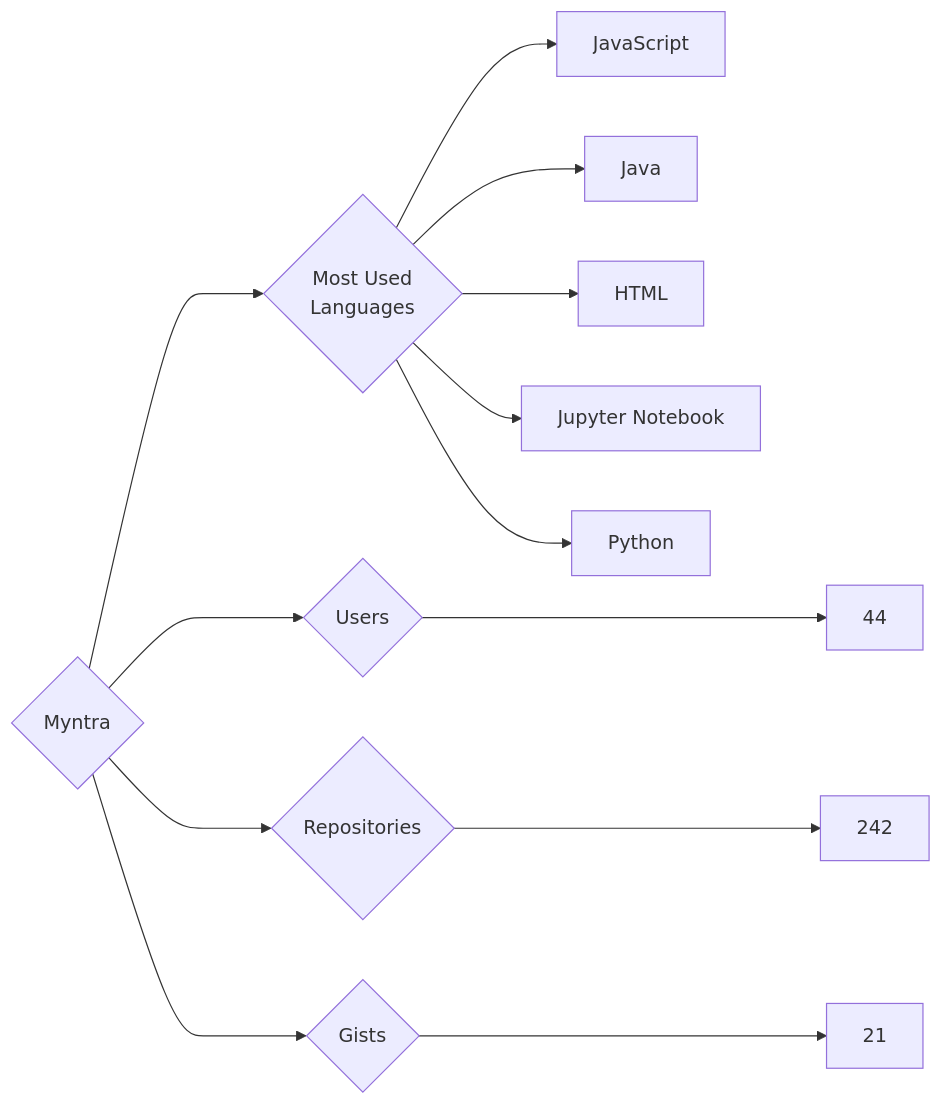
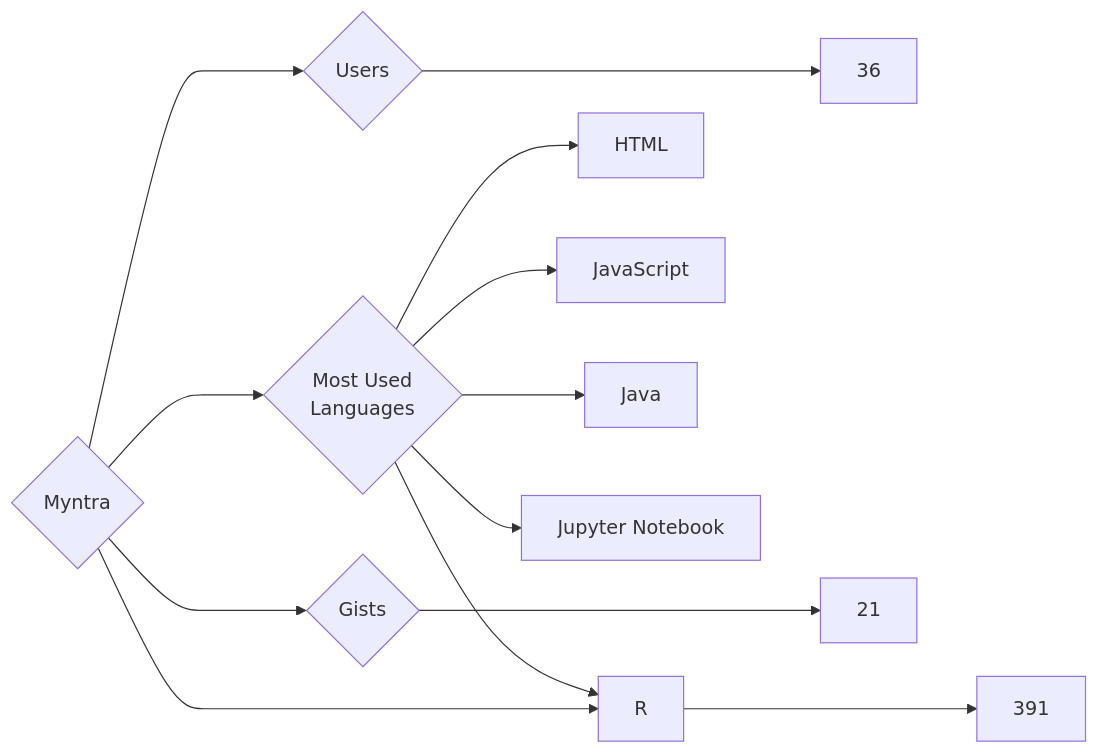
One commit to trickest/insiders changed the diagram in targets/Myntra/README.md. Above: the diagram before and after it, drawn with Mermaid. The commit also changed 725 other files, not shown here.

````diff
--- a/targets/Myntra/README.md
+++ b/targets/Myntra/README.md
@@ -3,13 +3,13 @@
 ```mermaid
 graph LR
 COMPANY_NAME{Myntra}
-COMPANY_NAME ---> U{Users} ---> UN[44]
-COMPANY_NAME ---> R{Repositories} ---> RN[242]
+COMPANY_NAME ---> U{Users} ---> UN[36]
+COMPANY_NAME ---> R{Repositories} ---> RN[391]
 COMPANY_NAME ---> G{Gists} ---> GN[21]
 COMPANY_NAME ---> ML{Most Used<br>Languages}
+ML --> HTML[HTML]
 ML --> JavaScript[JavaScript]
+ML --> R[R]
 ML --> Java[Java]
-ML --> HTML[HTML]
 ML --> Jupyter_Notebook[Jupyter Notebook]
-ML --> Python[Python]
 ```
````
